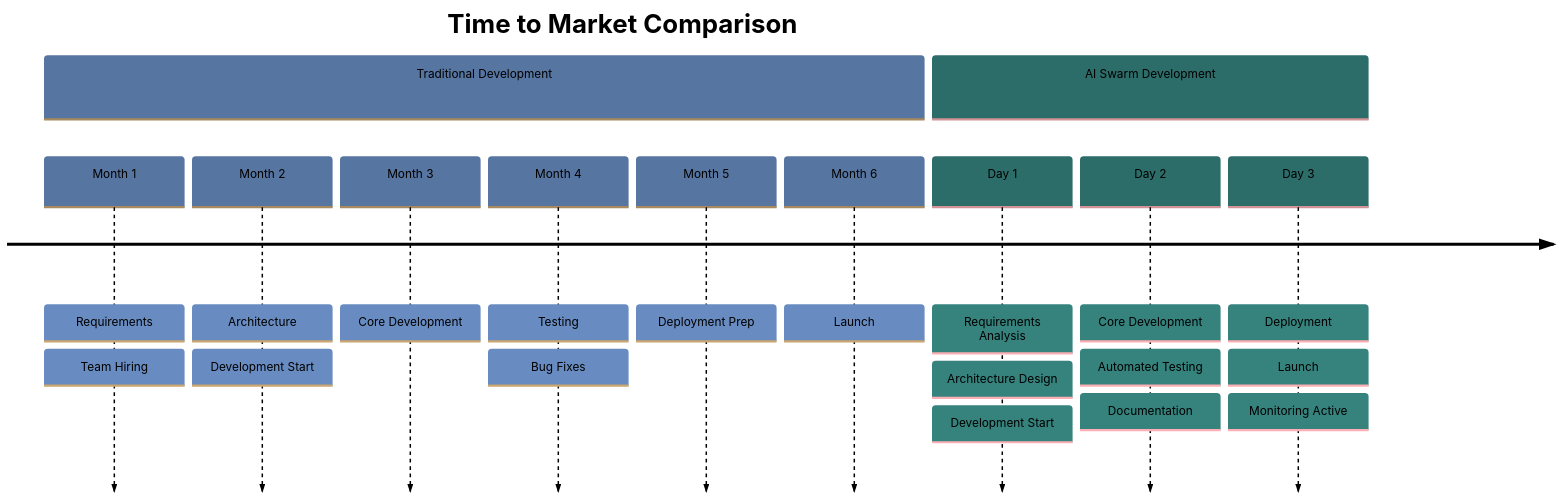
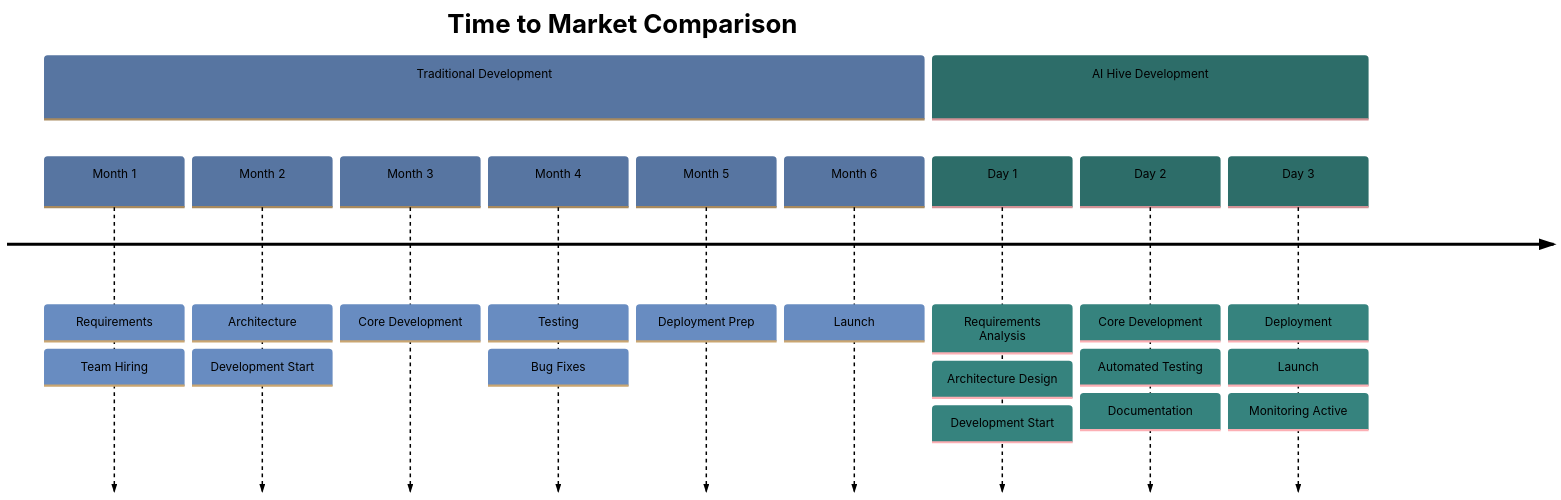
Before and after one commit to o2alexanderfedin/AI-Hive-Business-Docs: the eighth of 10 diagrams in business-documents/competitive-positioning/04-feature-comparison.md, drawn with Mermaid. The commit also changed other lines of this file and 22 other files, not shown here.

First line of the commit message:
Replace all references from 'AI Swarm' to 'AI Hive' across project

````diff
--- a/business-documents/competitive-positioning/04-feature-comparison.md
+++ b/business-documents/competitive-positioning/04-feature-comparison.md
@@ -527,38 +527,38 @@
 ```mermaid
 %%{init: {
   'theme': 'base',
   'themeVariables': {
     'primaryColor': '#A8B8D0',
     'primaryTextColor': '#000000',
     'primaryBorderColor': '#8A9AB2',
     'lineColor': '#8A9AB2',
     'secondaryColor': '#5DBCB6',
     'tertiaryColor': '#84D4F5',
     'background': '#F5F5F5'
   }
 }}%%
 timeline
     title Time to Market Comparison
 
     section Traditional Development
         Month 1 : Requirements
                 : Team Hiring
         Month 2 : Architecture
                 : Development Start
         Month 3 : Core Development
         Month 4 : Testing
                 : Bug Fixes
         Month 5 : Deployment Prep
         Month 6 : Launch
 
-    section AI Swarm Development
+    section AI Hive Development
         Day 1   : Requirements Analysis
                 : Architecture Design
                 : Development Start
         Day 2   : Core Development
                 : Automated Testing
                 : Documentation
         Day 3   : Deployment
                 : Launch
                 : Monitoring Active
 ```
````
